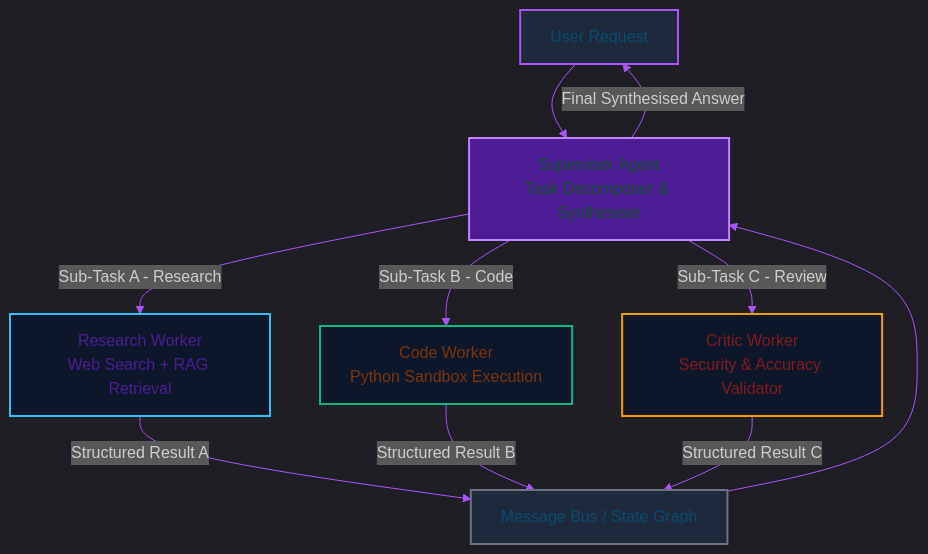
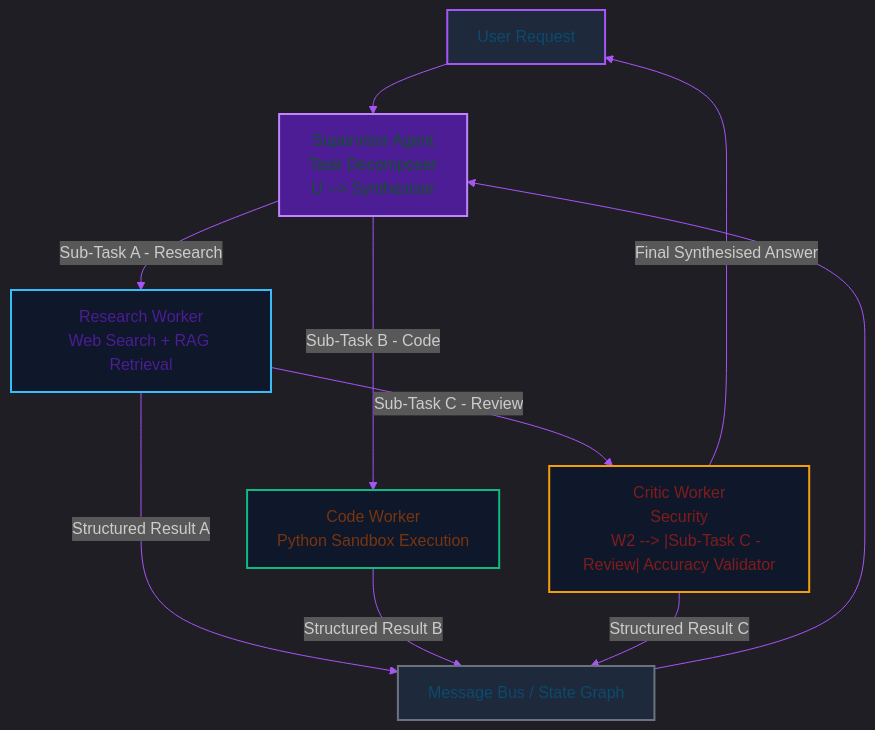
One commit to akmalkhaniub/akmalkhaniub.github.io changed the first of 2 diagrams in blog/posts/supervisor-worker-agent-patterns-langgraph.md. Above: the diagram before and after it, drawn with Mermaid. The commit also changed 894 other files, not shown here.

Commit message:
feat(blog): upgrade all 444 posts with unique staggered dates, 2-col Mermaid spines, benchmark tables, code blocks, and trade-offs

````diff
--- a/blog/posts/supervisor-worker-agent-patterns-langgraph.md
+++ b/blog/posts/supervisor-worker-agent-patterns-langgraph.md
@@ -25,34 +25,36 @@
 ```mermaid
 %%{init: {'theme': 'dark', 'themeVariables': { 'primaryColor': '#a855f7', 'primaryTextColor': '#f3f4f6', 'primaryBorderColor': '#c084fc', 'lineColor': '#a855f7', 'secondaryColor': '#111827', 'tertiaryColor': '#0f172a'}}}%%
 flowchart TD
-    U["User Request"] --> S[" Supervisor Agent<br/>Task Decomposer & Synthesiser"]
+    U["User Request"] --> S[" Supervisor Agent<br/>Task Decomposer
+    U --> Synthesiser"]
     
     S -->|Sub-Task A - Research| W1[" Research Worker<br/>Web Search + RAG Retrieval"]
     S -->|Sub-Task B - Code| W2[" Code Worker<br/>Python Sandbox Execution"]
-    S -->|Sub-Task C - Review| W3[" Critic Worker<br/>Security & Accuracy Validator"]
+    W1 --> |Sub-Task C - Review| W3[" Critic Worker<br/>Security
+    W2 --> |Sub-Task C - Review| Accuracy Validator"]
     
     W1 -->|Structured Result A| M[" Message Bus / State Graph"]
     W2 -->|Structured Result B| M
     W3 -->|Structured Result C| M
     
     M --> S
-    S -->|Final Synthesised Answer| U
+    W3 --> |Final Synthesised Answer| U
 
     style U fill:#1e293b,stroke:#a855f7,stroke-width:2px
     style S fill:#4c1d95,stroke:#c084fc,stroke-width:2px
     style W1 fill:#0f172a,stroke:#38bdf8,stroke-width:2px
     style W2 fill:#0f172a,stroke:#10b981,stroke-width:2px
     style W3 fill:#0f172a,stroke:#f59e0b,stroke-width:2px
     style M fill:#1e293b,stroke:#6b7280,stroke-width:2px
 
 classDef green fill:#dcfce7,stroke:#16a34a,stroke-width:2px,color:#14532d;
 classDef red fill:#fee2e2,stroke:#dc2626,stroke-width:2px,color:#7f1d1d;
 classDef blue fill:#e0f2fe,stroke:#0284c7,stroke-width:2px,color:#0c4a6e;
 classDef yellow fill:#fef3c7,stroke:#d97706,stroke-width:2px,color:#78350f;
 classDef purple fill:#ede9fe,stroke:#7c3aed,stroke-width:2px,color:#4c1d95;
 class U,M blue
 class S green
 class W1 purple
 class W2 yellow
 class W3 red
 ```
````
